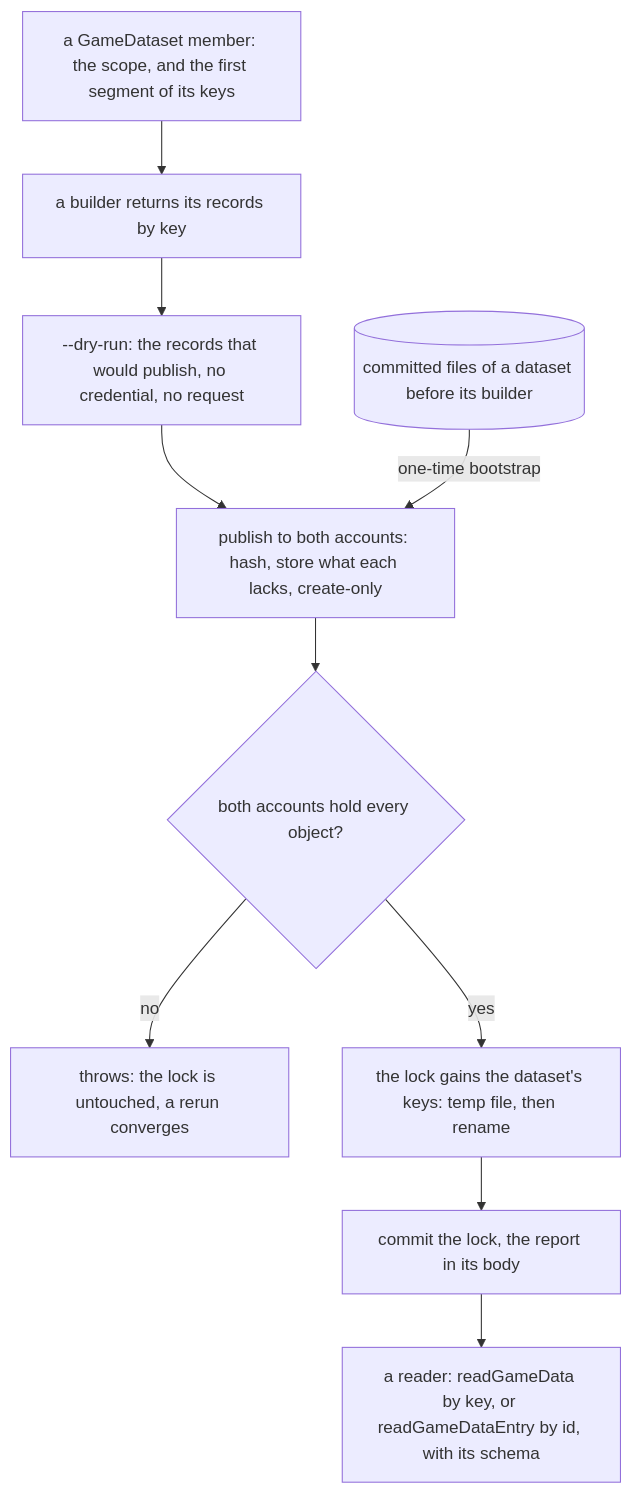
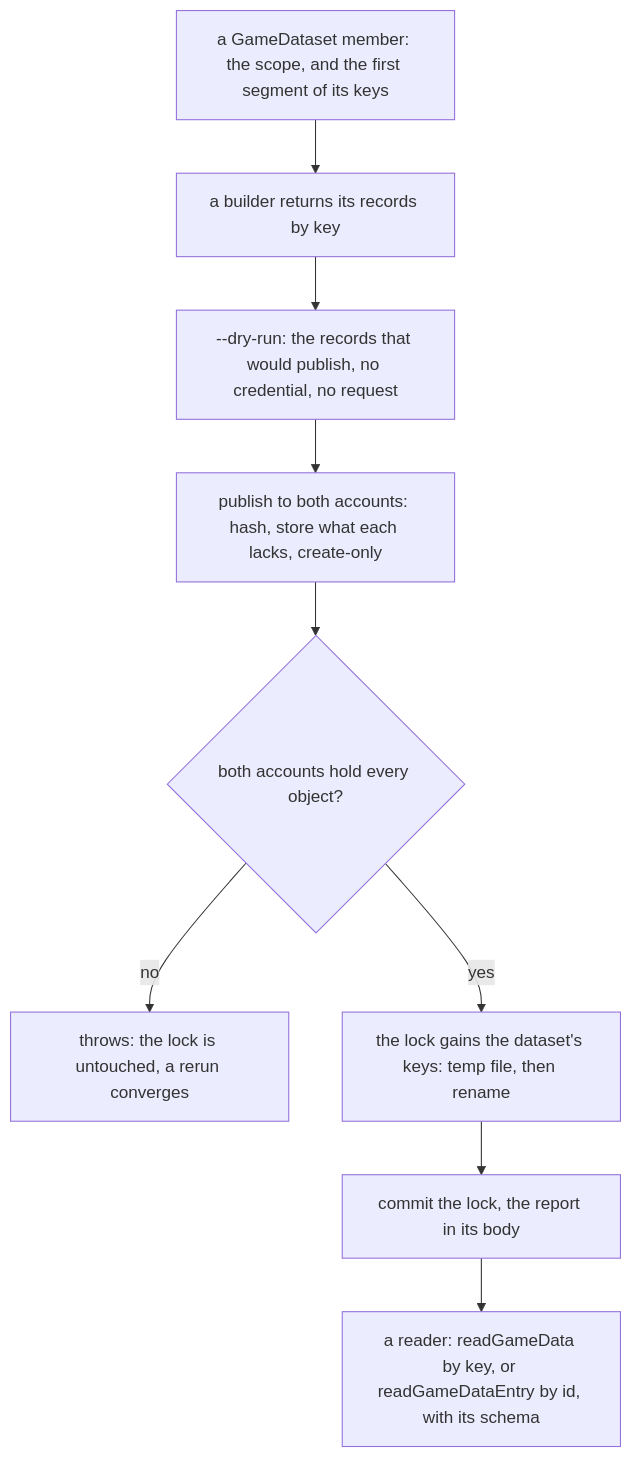
Before and after one commit to Esposter/Esposter: the first of 5 diagrams in apps/web/content/docs/genshin/hosted-game-data.md, drawn with Mermaid. The commit also changed other lines of this file and 1 other file, not shown here.

First line of the commit message:
docs(genshin): the hosted game data page states the authored files at their src/data paths, and the one-time bootstrap is no longer narrated

````diff
--- a/apps/web/content/docs/genshin/hosted-game-data.md
+++ b/apps/web/content/docs/genshin/hosted-game-data.md
@@ -92,12 +90,11 @@
 ```mermaid
 flowchart TD
   Member["a GameDataset member: the scope, and the first segment of its keys"] --> Builder["a builder returns its records by key"]
   Builder --> Dry["--dry-run: the records that would publish, no credential, no request"]
   Dry --> Publish["publish to both accounts: hash, store what each lacks, create-only"]
-  Files[("committed files of a dataset before its builder")] -->|"one-time bootstrap"| Publish
   Publish --> Held{"both accounts hold every object?"}
   Held -->|no| Abort["throws: the lock is untouched, a rerun converges"]
   Held -->|yes| Lock["the lock gains the dataset's keys: temp file, then rename"]
   Lock --> Commit["commit the lock, the report in its body"]
   Commit --> Reader["a reader: readGameData by key, or readGameDataEntry by id, with its schema"]
 ```
````
